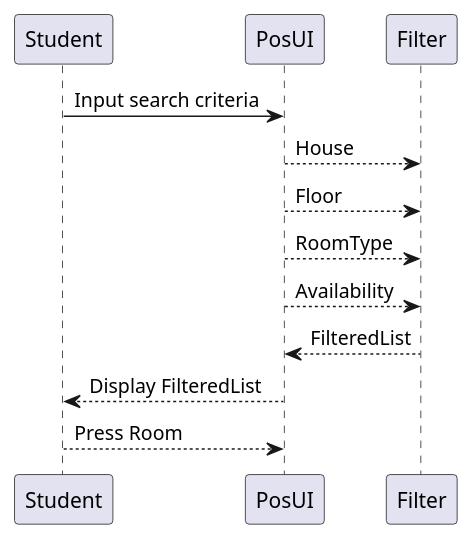
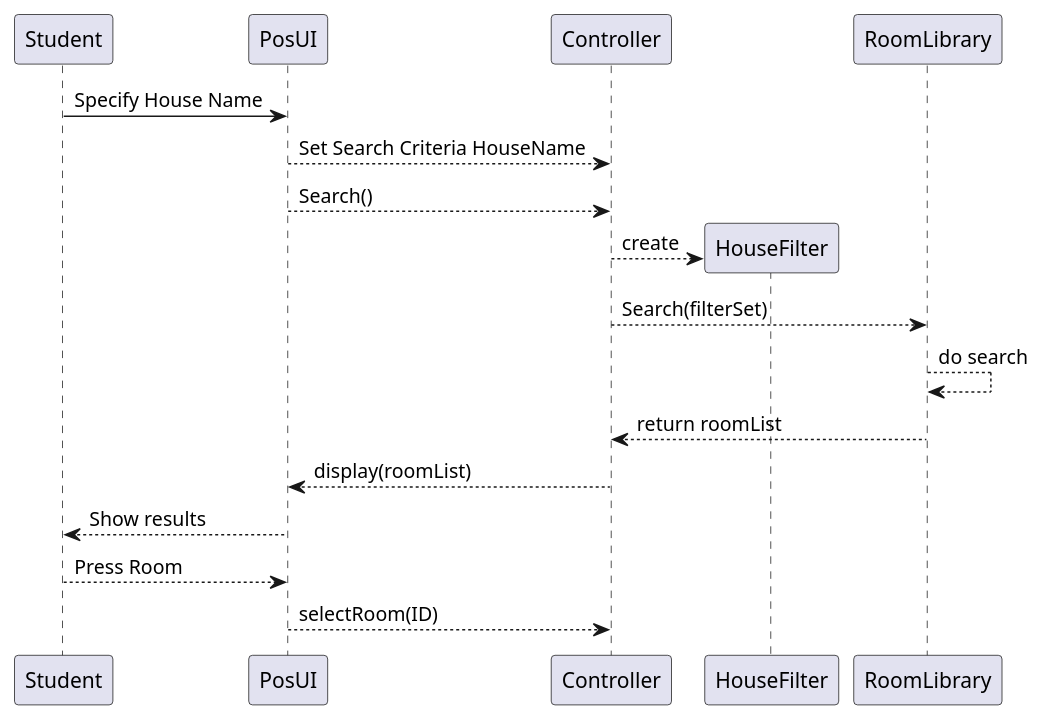
The second of 2 diagrams in intellij/doc/design.md (alexandraguillen12/Dorm-Review-App), drawn with PlantUML before and after one commit.

Commit message:
Updated sequence diagrams

````diff
--- a/intellij/doc/design.md
+++ b/intellij/doc/design.md
@@ -57,13 +57,17 @@
 ```plantuml
 @startuml
-Student -> PosUI: Input search criteria 
-PosUI --> Filter: House 
-PosUI --> Filter: Floor
-PosUI --> Filter: RoomType 
-PosUI --> Filter: Availability 
-Filter --> PosUI: FilteredList 
-PosUI --> Student: Display FilteredList 
+Student -> PosUI: Specify House Name 
+PosUI --> Controller: Set Search Criteria HouseName  
+PosUI --> Controller: Search()
+create HouseFilter 
+Controller --> HouseFilter: create 
+Controller --> RoomLibrary: Search(filterSet)
+RoomLibrary --> RoomLibrary: do search  
+RoomLibrary --> Controller: return roomList  
+Controller --> PosUI: display(roomList) 
+PosUI --> Student: Show results 
 Student --> PosUI: Press Room 
+PosUI --> Controller: selectRoom(ID)
 
 @enduml
 ```
````
